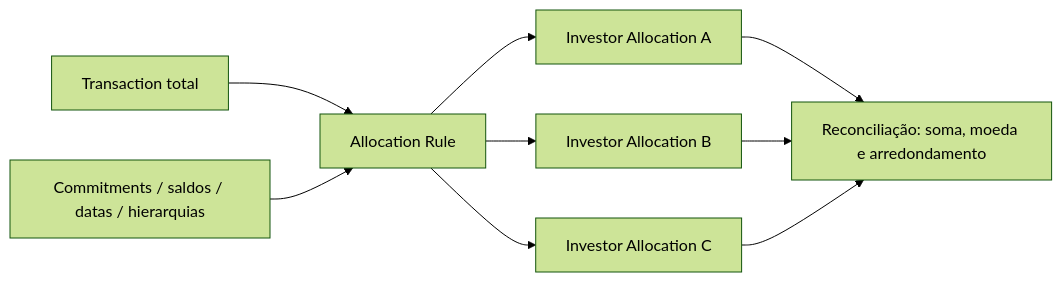
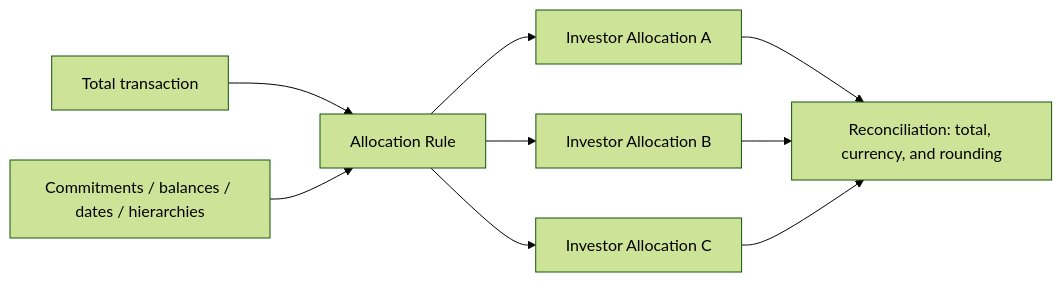
Before and after one commit to msekimoto/investran: the second of 2 diagrams in docs/dominio/02-fundos-investidores-investimentos.md, drawn with Mermaid (forest theme). The commit also changed other lines of this file and 52 other files, not shown here.

````diff
--- a/docs/dominio/02-fundos-investidores-investimentos.md
+++ b/docs/dominio/02-fundos-investidores-investimentos.md
@@ -54,9 +46,9 @@
 ```mermaid
 flowchart LR
-    T[Transaction total] --> AR[Allocation Rule]
-    DATA[Commitments / saldos / datas / hierarquias] --> AR
+    T[Total transaction] --> AR[Allocation Rule]
+    DATA[Commitments / balances / dates / hierarchies] --> AR
     AR --> A1[Investor Allocation A]
     AR --> A2[Investor Allocation B]
     AR --> A3[Investor Allocation C]
-    A1 & A2 & A3 --> R[Reconciliação: soma, moeda e arredondamento]
+    A1 & A2 & A3 --> R[Reconciliation: total, currency, and rounding]
 ```
````
